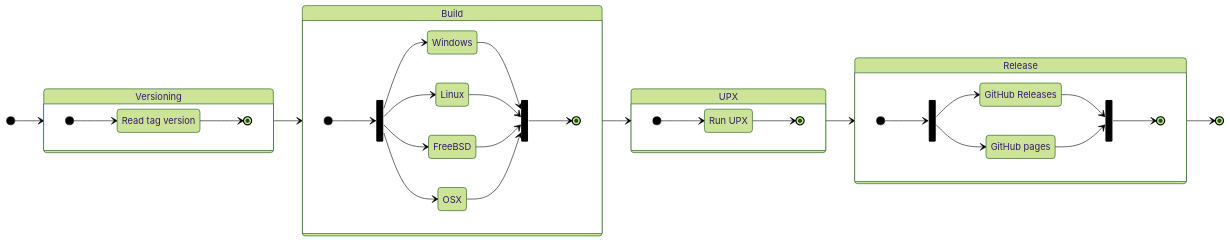
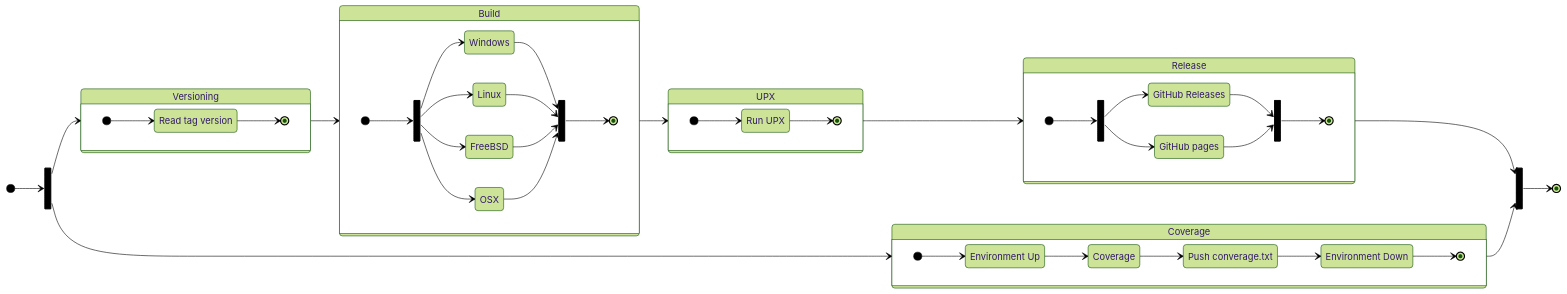
Before and after one commit to shoriwe/fullproxy: the fourth of 4 diagrams in docs/Continuous integration.md, drawn with Mermaid (forest theme). The commit also changed 1 other file, not shown here.

Commit message:
feat: added coverage support in release pipeline

````diff
--- a/docs/Continuous integration.md
+++ b/docs/Continuous integration.md
@@ -76,54 +76,74 @@
 ```mermaid
 stateDiagram-v2
 	direction LR
 	
 	state Versioning {
 		direction LR
 		VersionPy: Read tag version
 		[*] --> VersionPy
 		VersionPy --> [*]
 	}
 	
 	state Build {
 		direction LR
 		state fork_build <<fork>>
 		state join_build <<join>>
 		[*] --> fork_build
 		fork_build --> Windows
 		fork_build --> Linux
 		fork_build --> FreeBSD
 		fork_build --> OSX
 		Windows --> join_build
 		Linux --> join_build
 		FreeBSD --> join_build
 		OSX --> join_build
 		join_build --> [*]
 	}
 	
 	state Release {
 		direction LR
 		state fork_release <<fork>>
 		state join_release <<join>>
 		GitHub: GitHub Releases
 		Pages: GitHub pages
 		[*] --> fork_release
 		fork_release --> GitHub
 		fork_release --> Pages
 		GitHub --> join_release
 		Pages --> join_release
 		join_release --> [*]
 	}
 	
 	state UPX {
 		direction LR
 		upx: Run UPX
 		[*] --> upx
 		upx --> [*]
 	}
 	
-	[*] --> Versioning
+	state Coverage {
+		direction LR
+		EnvironmentUp: Environment Up
+		coverage: Coverage
+		Push: Push converage.txt
+		EnvironmentDown: Environment Down
+		[*] --> EnvironmentUp
+		EnvironmentUp --> coverage
+		coverage --> Push
+		Push --> EnvironmentDown
+		EnvironmentDown --> [*]
+	}
+	
+	state fork_main <<fork>>
+	state join_main <<join>>
+	
+	[*] --> fork_main
+	fork_main --> Versioning
+	fork_main --> Coverage
 	Versioning --> Build
 	Build --> UPX
 	UPX --> Release
-	Release --> [*]
+	Release --> join_main
+	Coverage --> join_main
+	join_main --> [*]
 ```
````
